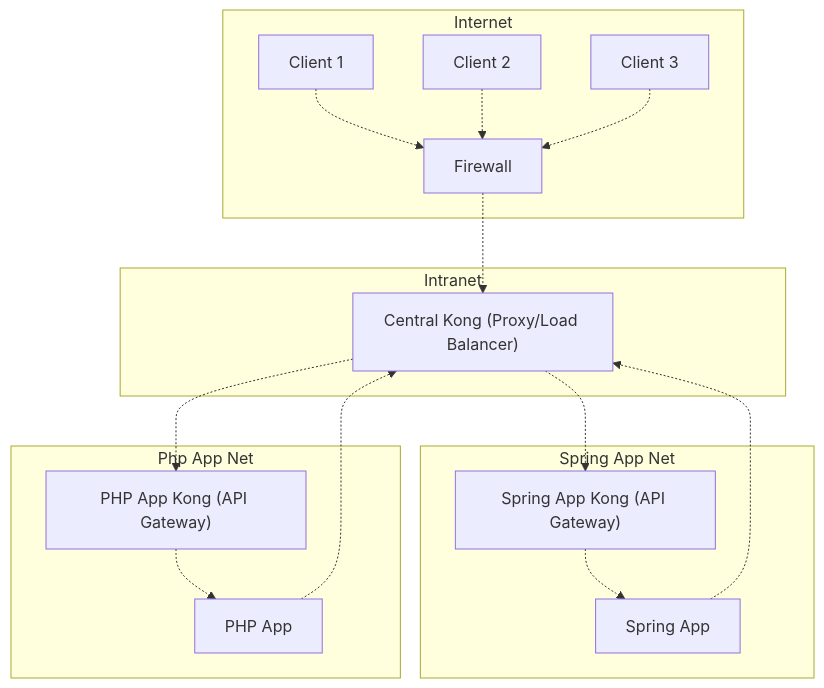
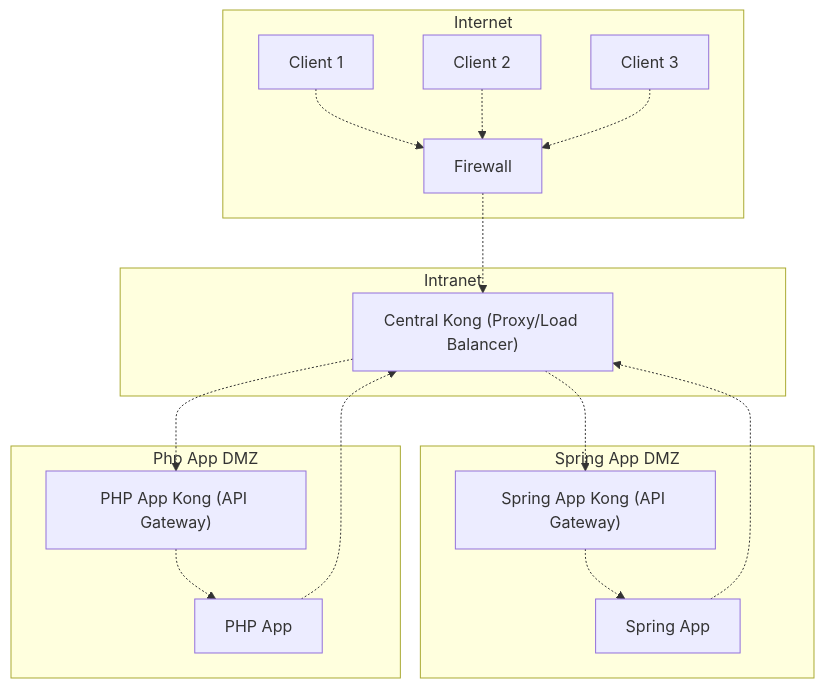
The first of 2 diagrams in README.md (FrankleyRocha/poc-kong), drawn with Mermaid before and after one commit.

````diff
--- a/README.md
+++ b/README.md
@@ -5,38 +5,38 @@
 ```mermaid
 graph TD
     subgraph Internet
         Client1["Client 1"]
         Client2["Client 2"]
         Client3["Client 3"]
 
         Firewall
     end
 
     Client1 -.-> Firewall
     Client2 -.-> Firewall
     Client3 -.-> Firewall
     Firewall -.-> central-kong
 
     subgraph intranet["Intranet"]
         central-kong["Central Kong (Proxy/Load Balancer)"]
     end
 
     central-kong -.-> springapp-kong
     central-kong -.-> phpapp-kong
 
-    subgraph springapp-net["Spring App Net"]
+    subgraph springapp-net["Spring App DMZ"]
         springapp["Spring App"]
         springapp-kong["Spring App Kong (API Gateway)"]
     end
 
     springapp-kong -.-> springapp
     springapp -.-> central-kong
 
-    subgraph phpapp-net["Php App Net"]
+    subgraph phpapp-net["Php App DMZ"]
         phpapp["PHP App"]
         phpapp-kong["PHP App Kong (API Gateway)"]
     end
 
     phpapp-kong -.-> phpapp
     phpapp -.-> central-kong
 ```
````
